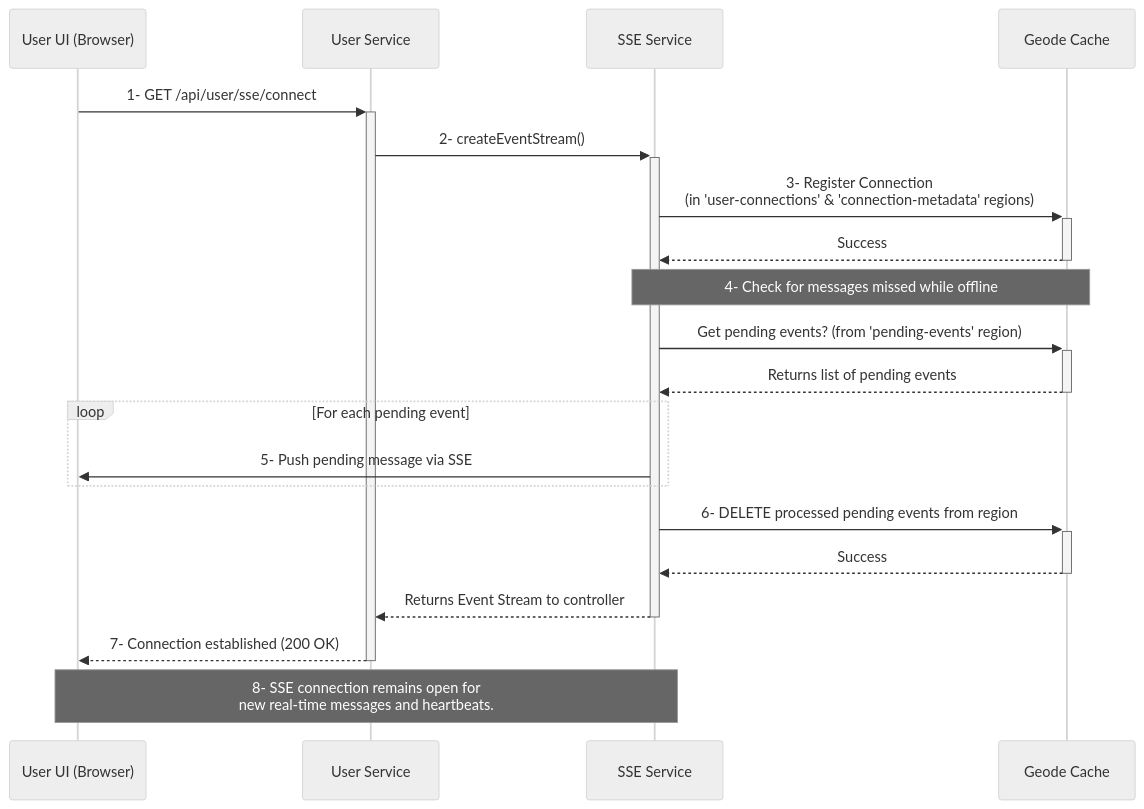
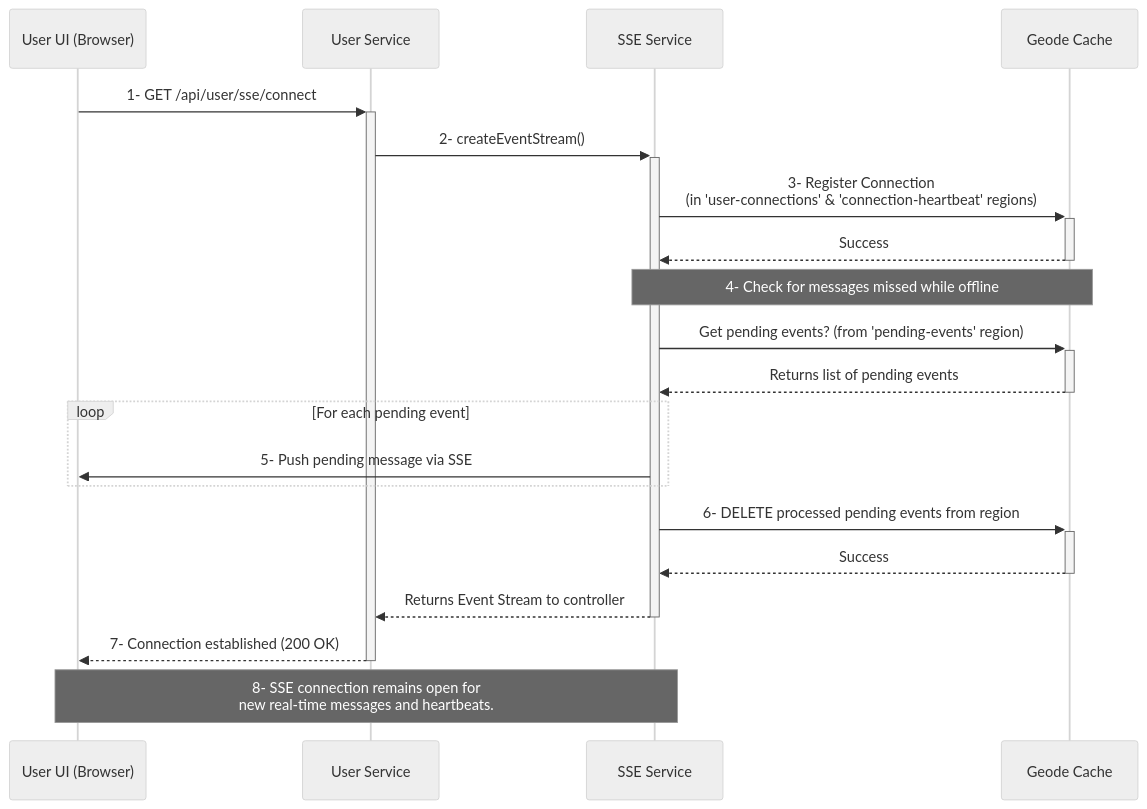
The diagram in MermaidDiagrams/seq-sse-connection&pending.mmd (rsrini7/Notification-SSE-GLM-Flux), drawn with Mermaid (neutral theme) before and after one commit. The commit also changed 8 other files, not shown here.

First line of the commit message:
refactor(geode): rename connection-metadata to connection-heartbeat for clarity

```diff
--- a/MermaidDiagrams/seq-sse-connection&pending.mmd
+++ b/MermaidDiagrams/seq-sse-connection&pending.mmd
@@ -1,25 +1,25 @@
 sequenceDiagram
     participant UserUI as User UI (Browser)
     participant UserSvc as User Service
     participant SseSvc as SSE Service
     participant Geode as Geode Cache
     
     UserUI->>+UserSvc: 1- GET /api/user/sse/connect
     UserSvc->>+SseSvc: 2- createEventStream()
-    SseSvc->>+Geode: 3- Register Connection<br/>(in 'user-connections' & 'connection-metadata' regions)
+    SseSvc->>+Geode: 3- Register Connection<br/>(in 'user-connections' & 'connection-heartbeat' regions)
     Geode-->>-SseSvc: Success
     
     Note over SseSvc, Geode: 4- Check for messages missed while offline
     SseSvc->>+Geode: Get pending events? (from 'pending-events' region)
     Geode-->>-SseSvc: Returns list of pending events
     
     loop For each pending event
         SseSvc->>UserUI: 5- Push pending message via SSE
     end
     
     SseSvc->>+Geode: 6- DELETE processed pending events from region
     Geode-->>-SseSvc: Success
     SseSvc-->>-UserSvc: Returns Event Stream to controller
     UserSvc-->>-UserUI: 7- Connection established (200 OK)
     
     Note over UserUI, SseSvc: 8- SSE connection remains open for<br/>new real-time messages and heartbeats.
```
